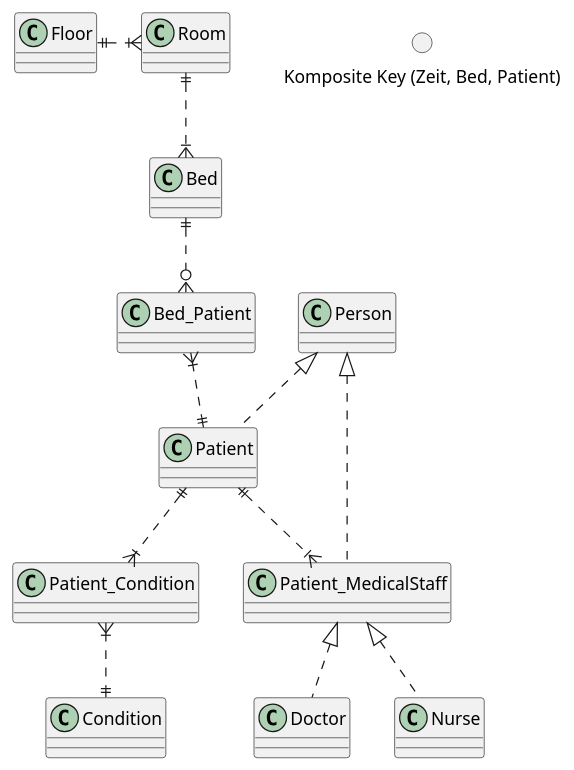
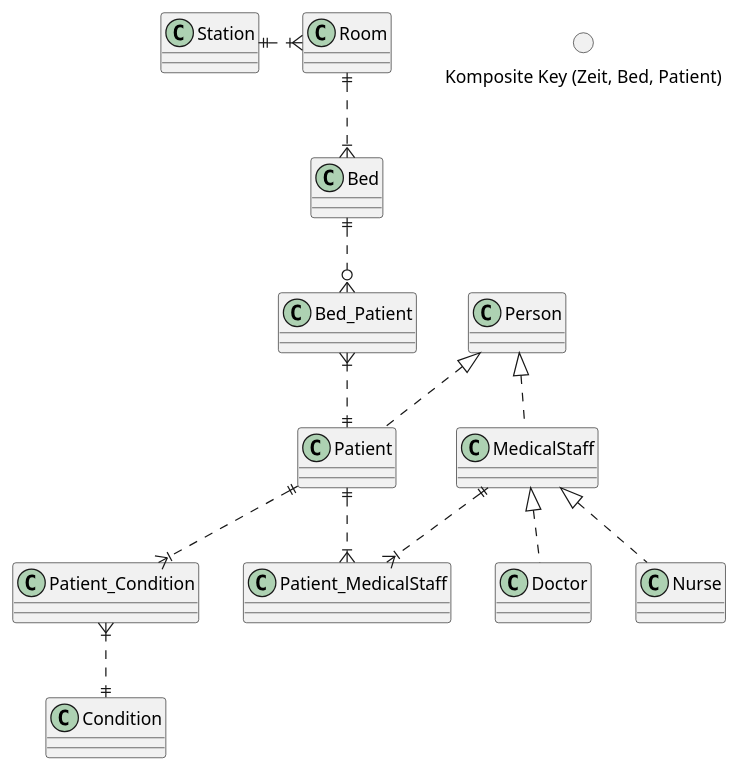
One commit to AnnaHartl/HospitalDBI changed the diagram in hospital_erd.puml. Above: the diagram before and after it, drawn with PlantUML.

Commit message:
small changes in erd

```diff
--- a/hospital_erd.puml
+++ b/hospital_erd.puml
@@ -1,18 +1,19 @@
 @startuml
 Bed }|.u.|| Room
-Room }|.l.|| Floor
+Room }|.l.|| Station
 Bed ||..o{ Bed_Patient
 Bed_Patient }|..|| Patient
 Patient ||..|{ Patient_MedicalStaff
-Patient_MedicalStaff <|.. Doctor
-Patient_MedicalStaff <|.. Nurse
-Person <|.. Patient_MedicalStaff
+MedicalStaff ||..|{ Patient_MedicalStaff
+MedicalStaff <|.. Doctor
+MedicalStaff <|.. Nurse
+Person <|.. MedicalStaff
 Person <|.. Patient
 
 Patient ||..|{ Patient_Condition
 Condition ||.u.|{ Patient_Condition
 
 circle "Komposite Key (Zeit, Bed, Patient)"
 
 
 @enduml
```
